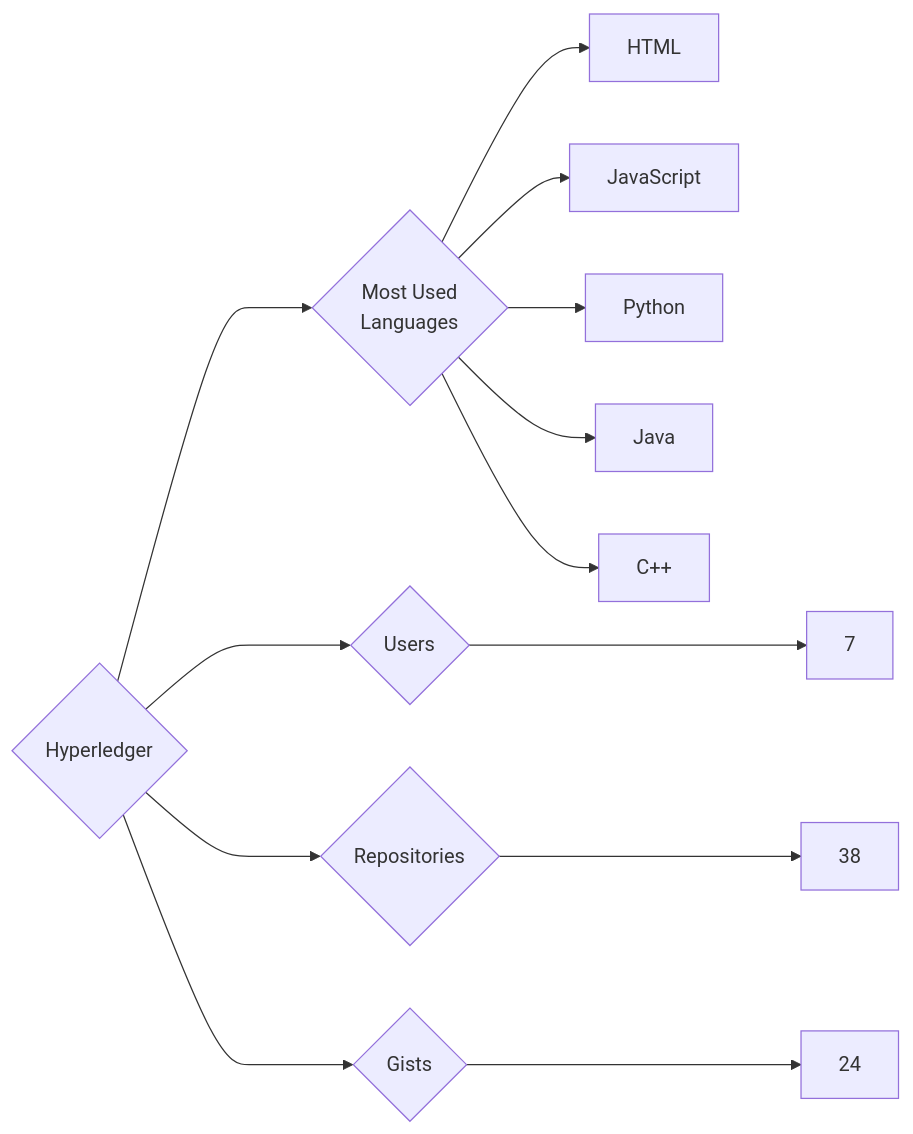
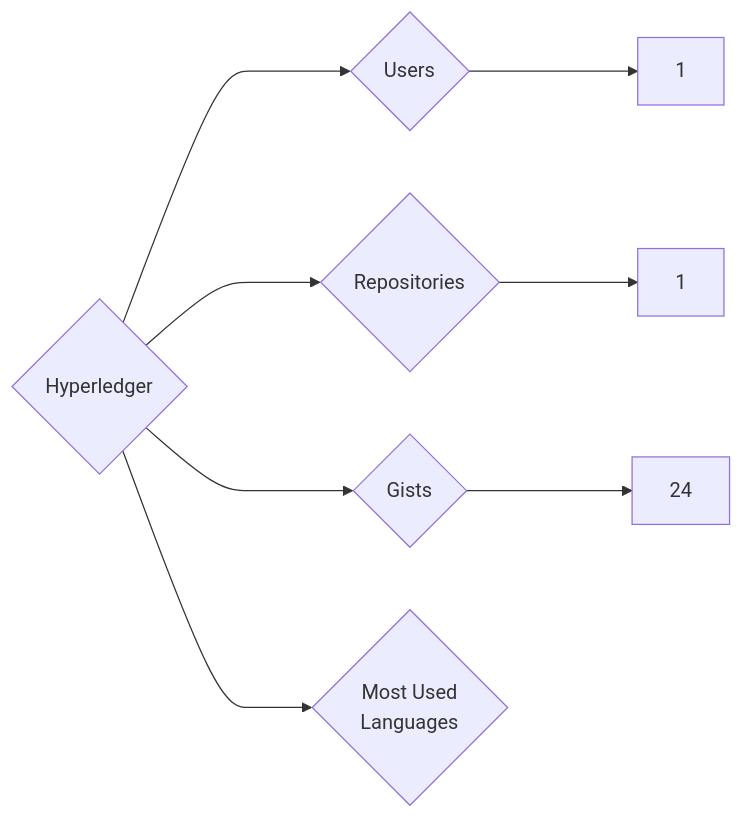
One commit to trickest/insiders changed the diagram in targets/Hyperledger/README.md. Above: the diagram before and after it, drawn with Mermaid. The commit also changed 815 other files, not shown here.

````diff
--- a/targets/Hyperledger/README.md
+++ b/targets/Hyperledger/README.md
@@ -3,13 +3,8 @@
 ```mermaid
 graph LR
 COMPANY_NAME{Hyperledger}
-COMPANY_NAME ---> U{Users} ---> UN[7]
-COMPANY_NAME ---> R{Repositories} ---> RN[38]
+COMPANY_NAME ---> U{Users} ---> UN[1]
+COMPANY_NAME ---> R{Repositories} ---> RN[1]
 COMPANY_NAME ---> G{Gists} ---> GN[24]
 COMPANY_NAME ---> ML{Most Used<br>Languages}
-ML --> HTML[HTML]
-ML --> JavaScript[JavaScript]
-ML --> Python[Python]
-ML --> Java[Java]
-ML --> C++[C++]
 ```
````
